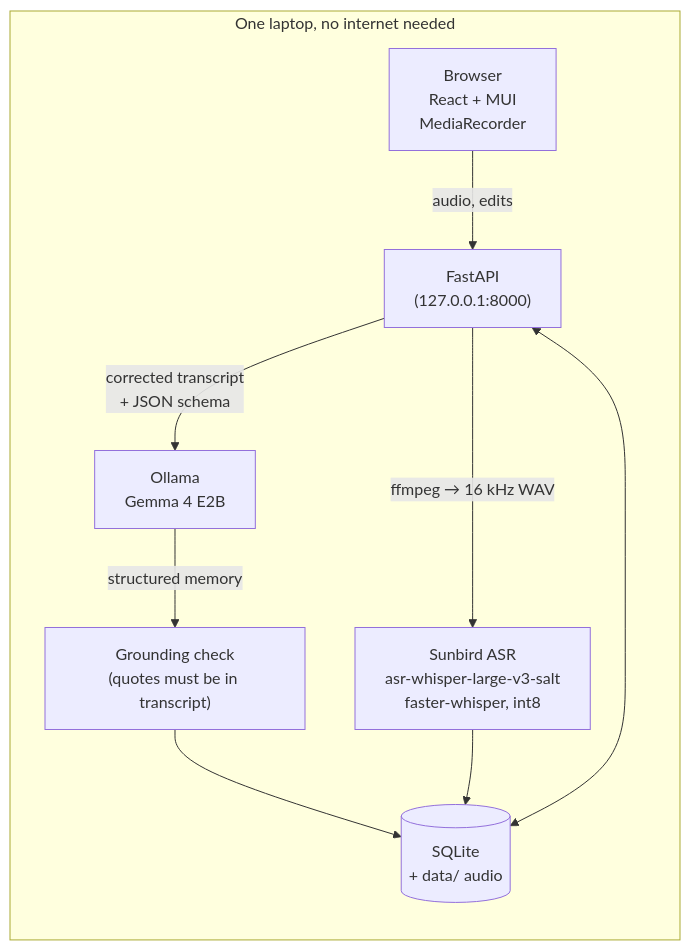
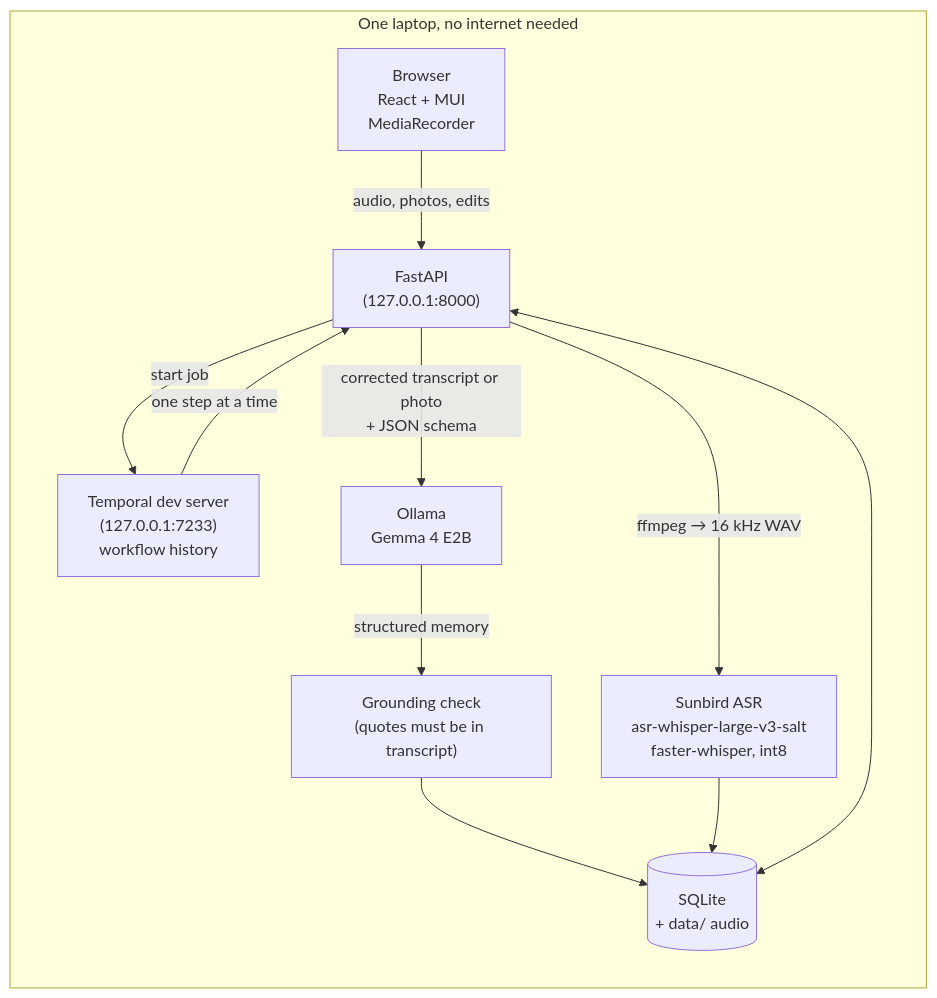
The diagram in README.md (Nuwahereza-eng/Ebyafaayo), drawn with Mermaid before and after one commit. The commit also changed other lines of this file and 23 other files, not shown here.

````diff
--- a/README.md
+++ b/README.md
@@ -59,12 +61,14 @@
 ```mermaid
 flowchart LR
   subgraph Laptop["One laptop, no internet needed"]
-    B["Browser<br/>React + MUI<br/>MediaRecorder"] -- "audio, edits" --> API["FastAPI<br/>(127.0.0.1:8000)"]
+    B["Browser<br/>React + MUI<br/>MediaRecorder"] -- "audio, photos, edits" --> API["FastAPI<br/>(127.0.0.1:8000)"]
+    API -- "start job" --> T["Temporal dev server<br/>(127.0.0.1:7233)<br/>workflow history"]
+    T -- "one step at a time" --> API
     API -- "ffmpeg → 16 kHz WAV" --> ASR["Sunbird ASR<br/>asr-whisper-large-v3-salt<br/>faster-whisper, int8"]
-    API -- "corrected transcript<br/>+ JSON schema" --> OL["Ollama<br/>Gemma 4 E2B"]
+    API -- "corrected transcript or photo<br/>+ JSON schema" --> OL["Ollama<br/>Gemma 4 E2B"]
     OL -- "structured memory" --> G["Grounding check<br/>(quotes must be in transcript)"]
     G --> DB[("SQLite<br/>+ data/ audio")]
     ASR --> DB
     API <--> DB
   end
 ```
````
